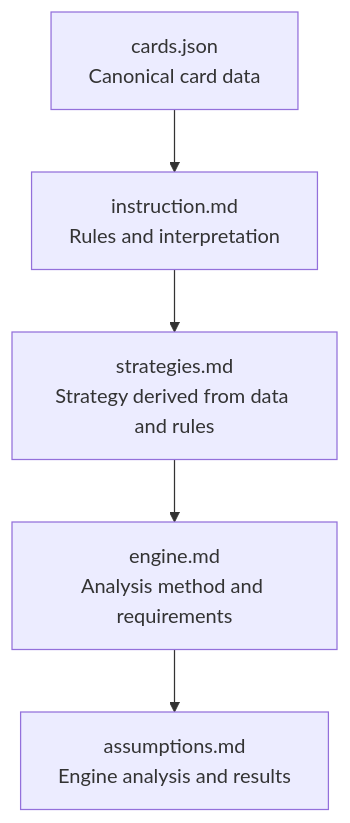
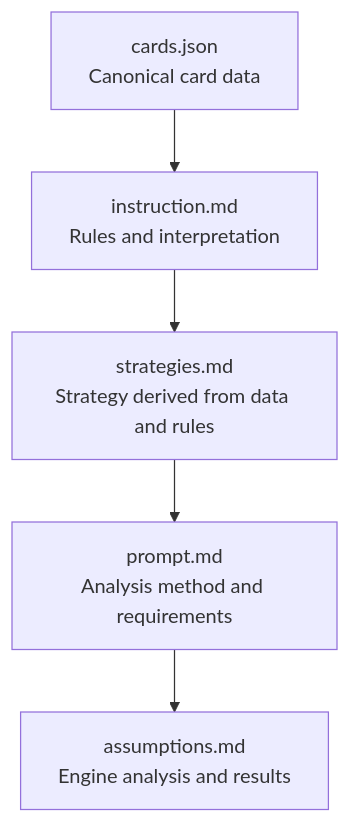
Before and after one commit to kshshton/everdell-analysis: the diagram in README.md, drawn with Mermaid. The commit also changed other lines of this file and 3 other files, not shown here.

````diff
--- a/README.md
+++ b/README.md
@@ -19,7 +19,7 @@
 ```mermaid
 flowchart TD
     A["cards.json<br/>Canonical card data"] --> B["instruction.md<br/>Rules and interpretation"]
     B --> C["strategies.md<br/>Strategy derived from data and rules"]
-    C --> D["engine.md<br/>Analysis method and requirements"]
+    C --> D["prompt.md<br/>Analysis method and requirements"]
     D --> E["assumptions.md<br/>Engine analysis and results"]
 ```
````
